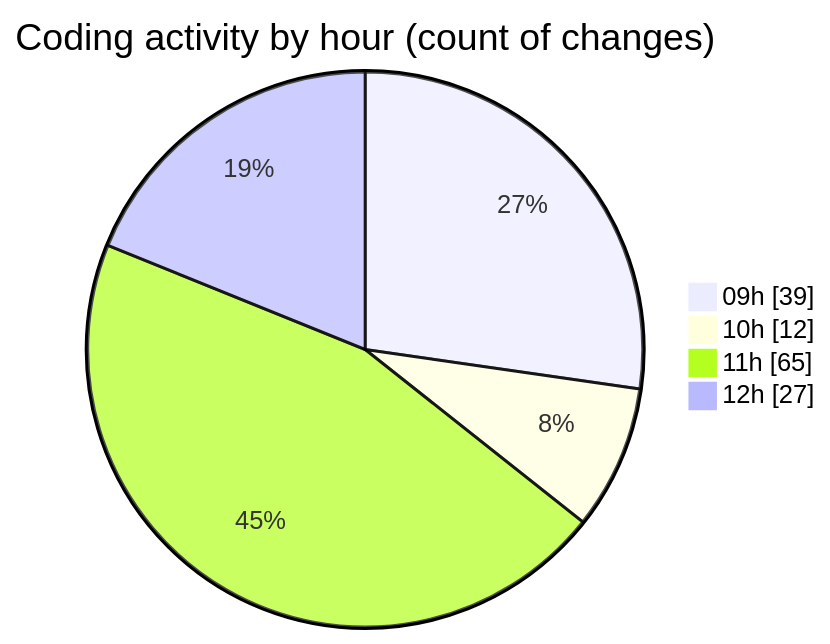
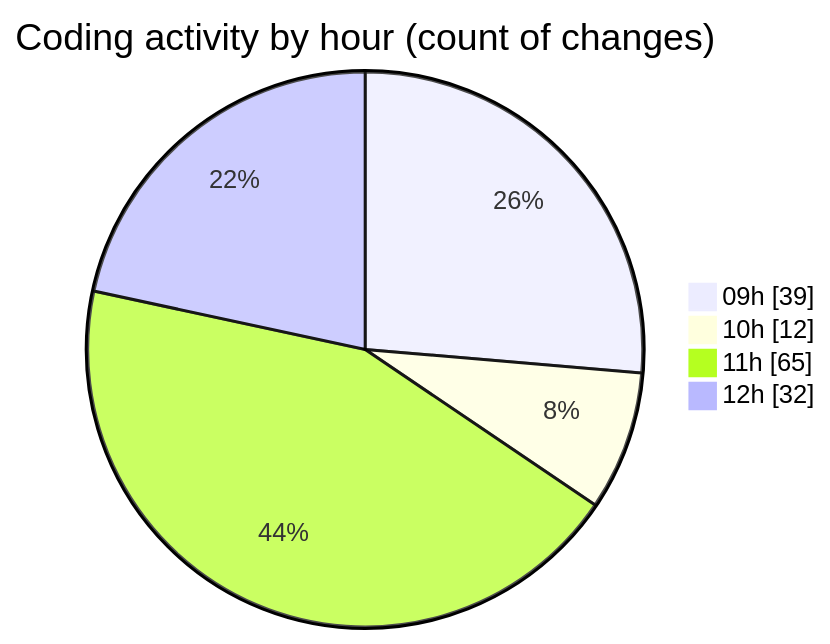
The second of 2 diagrams in 2025-03-04/cda/README.md (momahboobian/code-tracking), drawn with Mermaid before and after one commit. The commit also changed other lines of this file and 1 other file, not shown here.

````diff
--- a/2025-03-04/cda/README.md
+++ b/2025-03-04/cda/README.md
@@ -35,8 +35,8 @@
 ```mermaid
 pie showData
 title Coding activity by hour (count of changes)
 "09h" : 39
 "10h" : 12
 "11h" : 65
-"12h" : 27
+"12h" : 32
 ```
````
